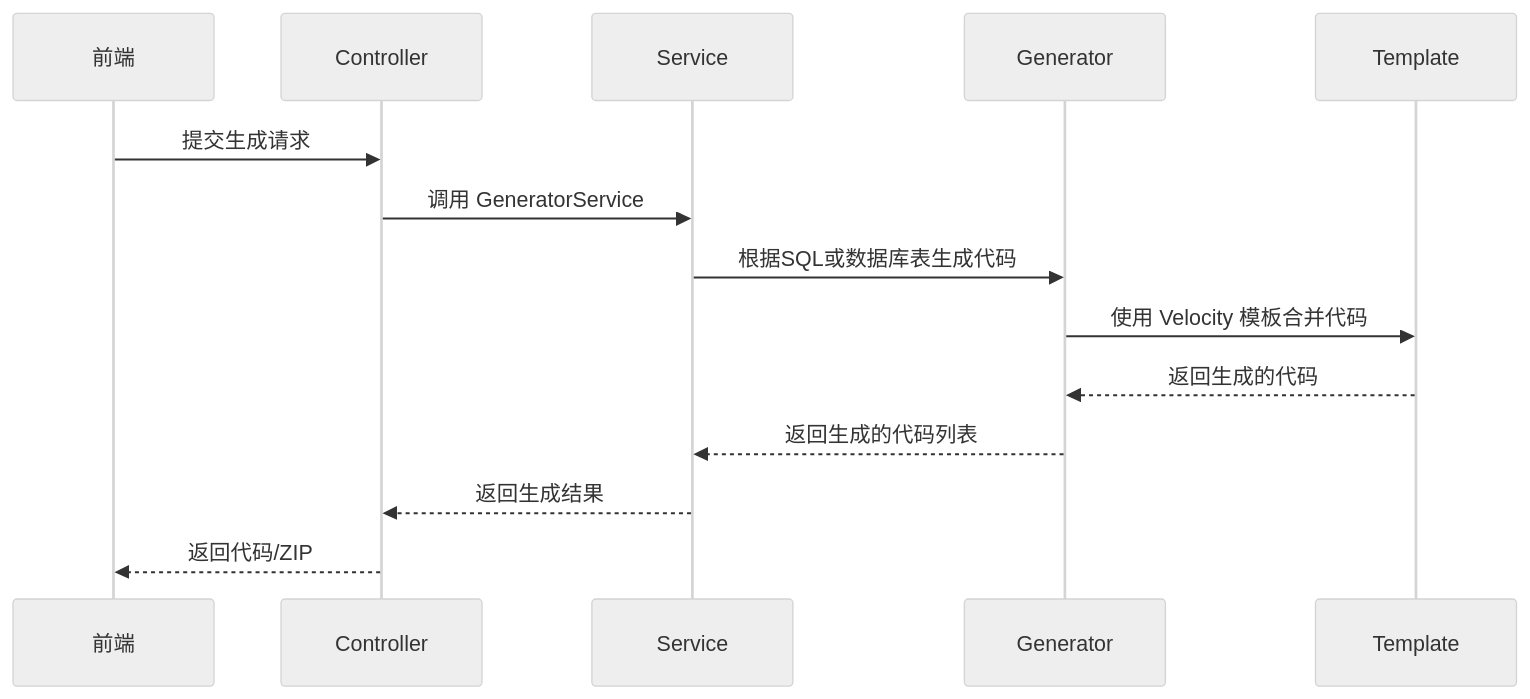
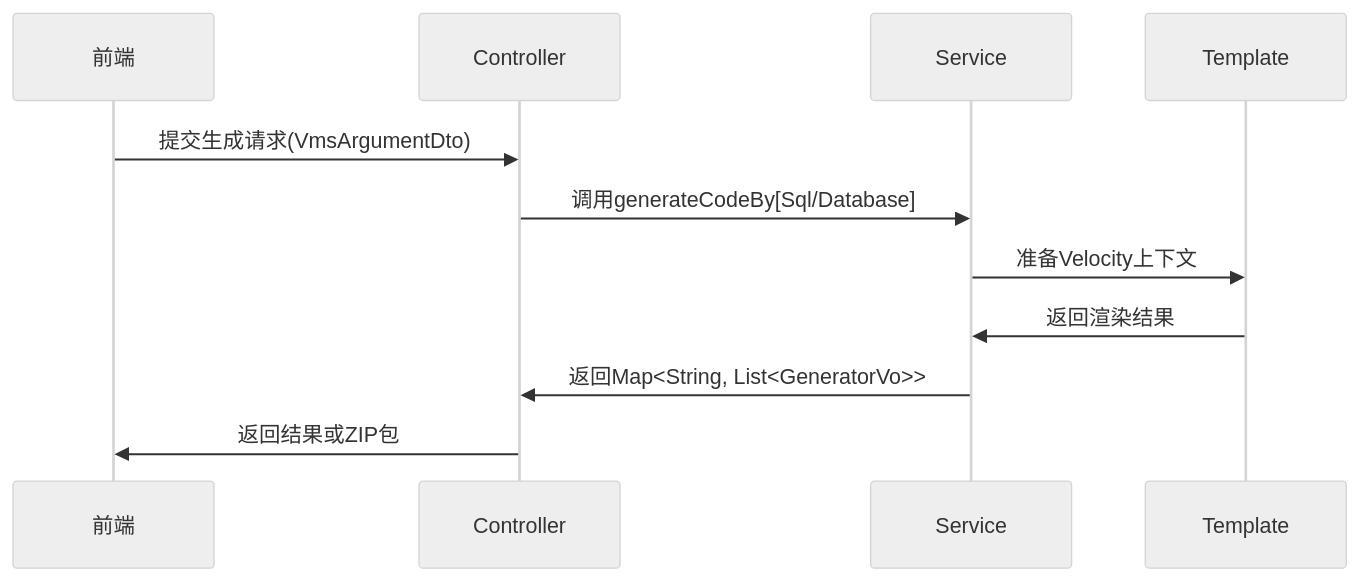
Before and after one commit to BunnyMaster/generator-code-server: the fourth of 8 diagrams in README.md, drawn with Mermaid (neutral theme). The commit also changed other lines of this file, not shown here.

````diff
--- a/README.md
+++ b/README.md
@@ -55,17 +206,14 @@
 ```mermaid
 sequenceDiagram
     participant F as 前端
     participant C as Controller
     participant S as Service
-    participant G as Generator
     participant T as Template
-
-    F->>C: 提交生成请求
-    C->>S: 调用 GeneratorService
-    S->>G: 根据SQL或数据库表生成代码
-    G->>T: 使用 Velocity 模板合并代码
-    T-->>G: 返回生成的代码
-    G-->>S: 返回生成的代码列表
-    S-->>C: 返回生成结果
-    C-->>F: 返回代码/ZIP
+    
+    F->>C: 提交生成请求(VmsArgumentDto)
+    C->>S: 调用generateCodeBy[Sql/Database]
+    S->>T: 准备Velocity上下文
+    T->>S: 返回渲染结果
+    S->>C: 返回Map<String, List<GeneratorVo>>
+    C->>F: 返回结果或ZIP包
 ```
````
